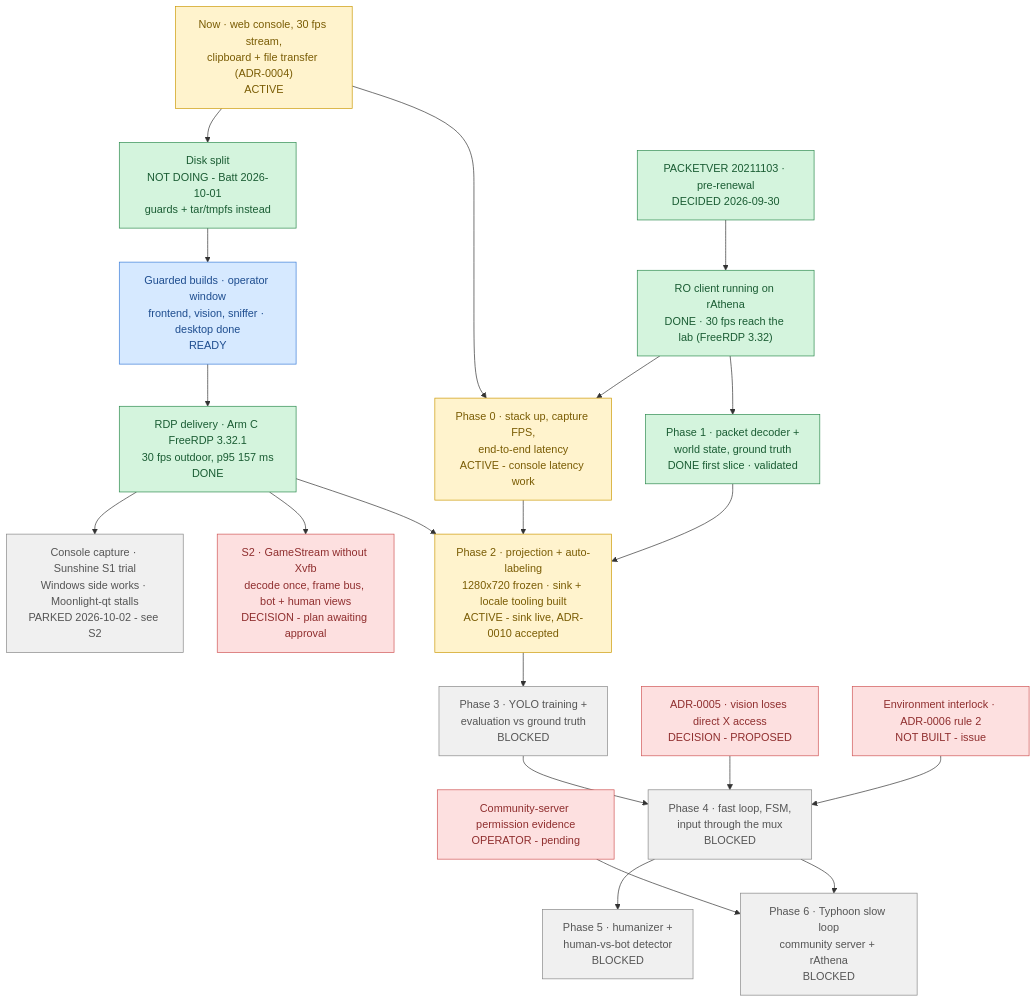
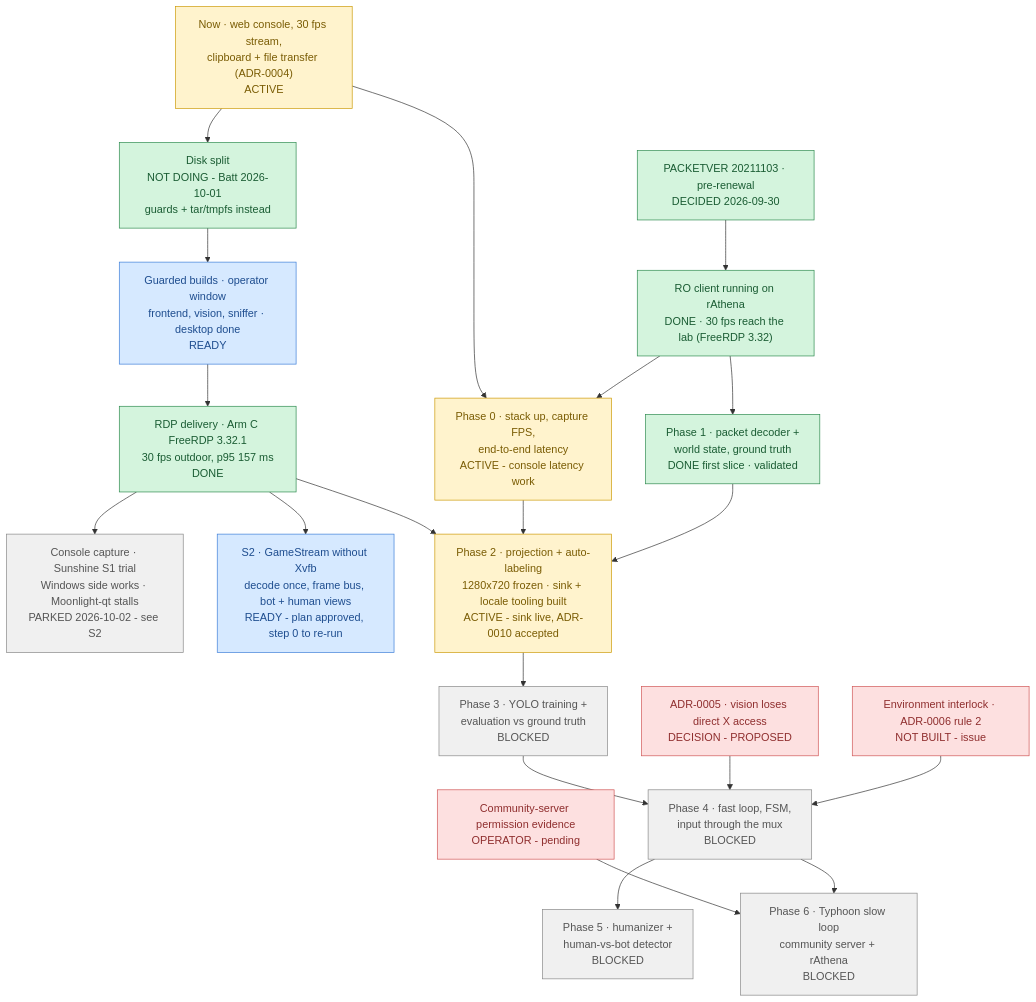
The diagram in docs/ROADMAP.md (lumduan/poring-lab), drawn with Mermaid before and after one commit. The commit also changed other lines of this file and 4 other files, not shown here.

First line of the commit message:
docs(s2): step 0 attempt 1 reverted unanswered; S2 plan + ADR-0013 approved

````diff
--- a/docs/ROADMAP.md
+++ b/docs/ROADMAP.md
@@ -11,52 +11,52 @@
 ```mermaid
 flowchart TD
     N1["Now · web console, 30 fps stream,<br/>clipboard + file transfer (ADR-0004)<br/>ACTIVE"]
     N2["Disk split<br/>NOT DOING - Batt 2026-10-01<br/>guards + tar/tmpfs instead"]
     N3["Guarded builds · operator window<br/>frontend, vision, sniffer · desktop done<br/>READY"]
     D1["PACKETVER 20211103 · pre-renewal<br/>DECIDED 2026-09-30"]
     S1["RO client running on rAthena<br/>DONE · 30 fps reach the lab (FreeRDP 3.32)"]
     D2["ADR-0005 · vision loses direct X access<br/>DECISION - PROPOSED"]
     D3["Environment interlock · ADR-0006 rule 2<br/>NOT BUILT - issue"]
     E1["Community-server permission evidence<br/>OPERATOR - pending"]
     P0["Phase 0 · stack up, capture FPS,<br/>end-to-end latency<br/>ACTIVE - console latency work"]
     P1["Phase 1 · packet decoder +<br/>world state, ground truth<br/>DONE first slice · validated"]
     H1["RDP delivery · Arm C FreeRDP 3.32.1<br/>30 fps outdoor, p95 157 ms<br/>DONE"]
     C1["Console capture · Sunshine S1 trial<br/>Windows side works · Moonlight-qt stalls<br/>PARKED 2026-10-02 - see S2"]
-    S2["S2 · GameStream without Xvfb<br/>decode once, frame bus, bot + human views<br/>DECISION - plan awaiting approval"]
+    S2["S2 · GameStream without Xvfb<br/>decode once, frame bus, bot + human views<br/>READY - plan approved, step 0 to re-run"]
     P2["Phase 2 · projection + auto-labeling<br/>1280x720 frozen · sink + locale tooling built<br/>ACTIVE - sink live, ADR-0010 accepted"]
     P3["Phase 3 · YOLO training +<br/>evaluation vs ground truth<br/>BLOCKED"]
     P4["Phase 4 · fast loop, FSM,<br/>input through the mux<br/>BLOCKED"]
     P5["Phase 5 · humanizer +<br/>human-vs-bot detector<br/>BLOCKED"]
     P6["Phase 6 · Typhoon slow loop<br/>community server + rAthena<br/>BLOCKED"]
 
     N1 --> N2 --> N3
     N3 --> H1
     H1 --> C1
     H1 --> S2
     H1 --> P2
     D1 --> S1
     N1 --> P0
     S1 --> P0
     S1 --> P1
     P0 --> P2
     P1 --> P2
     P2 --> P3 --> P4
     D2 --> P4
     D3 --> P4
     E1 --> P6
     P4 --> P5
     P4 --> P6
 
     classDef done     fill:#d4f4dd,stroke:#2d8a4e,color:#1a5c33
     classDef active   fill:#fff3cd,stroke:#cc9a06,color:#7a5c04
     classDef ready    fill:#d6e9ff,stroke:#3b7dd8,color:#1e4d8f
     classDef blocked  fill:#f0f0f0,stroke:#888,color:#555
     classDef decision fill:#fde0e0,stroke:#d05555,color:#8f2e2e
     classDef goal     fill:#ede0fb,stroke:#8a5cd8,color:#4d2e8f
 
     class D1,S1,P1,N2,H1 done
     class N1,P0,P2 active
-    class N3 ready
-    class D2,D3,E1,S2 decision
+    class N3,S2 ready
+    class D2,D3,E1 decision
     class P3,P4,P5,P6,C1 blocked
 ```
````
